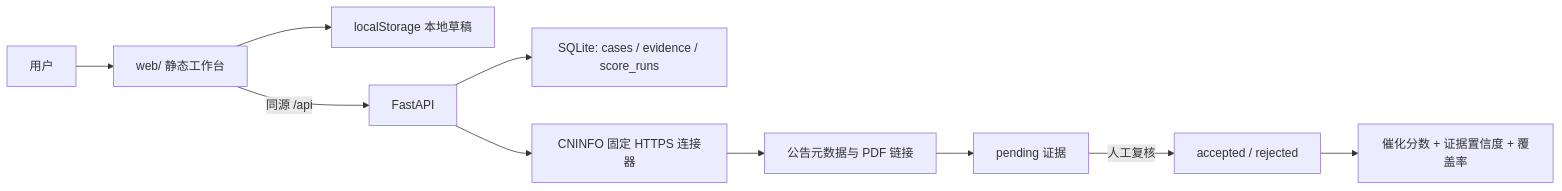
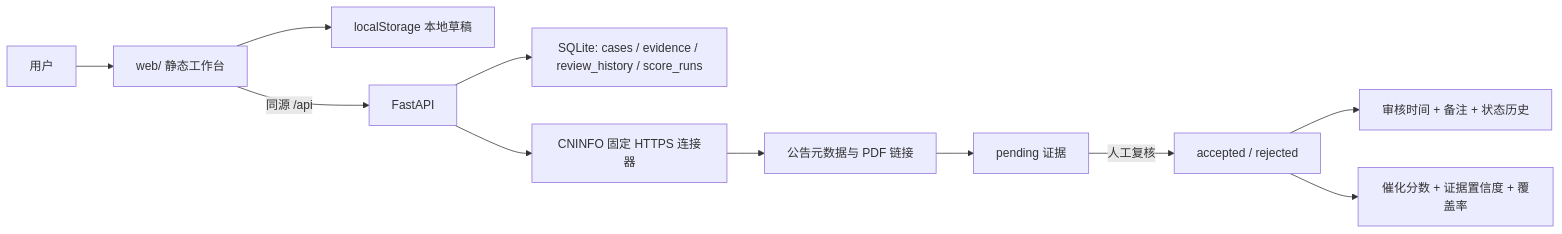
One commit to dongpen-max/A-Share-Catalyst-Lens changed the diagram in HANDOFF.md. Above: the diagram before and after it, drawn with Mermaid. The commit also changed other lines of this file and 9 other files, not shown here.

Commit message:
Add evidence review audit trail

````diff
--- a/HANDOFF.md
+++ b/HANDOFF.md
@@ -116,12 +117,13 @@
 ```mermaid
 flowchart LR
     U["用户"] --> W["web/ 静态工作台"]
     W --> L["localStorage 本地草稿"]
     W -->|"同源 /api"| A["FastAPI"]
-    A --> D["SQLite: cases / evidence / score_runs"]
+    A --> D["SQLite: cases / evidence / review_history / score_runs"]
     A --> C["CNINFO 固定 HTTPS 连接器"]
     C --> P["公告元数据与 PDF 链接"]
     P --> E["pending 证据"]
     E -->|"人工复核"| X["accepted / rejected"]
+    X --> H["审核时间 + 备注 + 状态历史"]
     X --> S["催化分数 + 证据置信度 + 覆盖率"]
 ```
````
